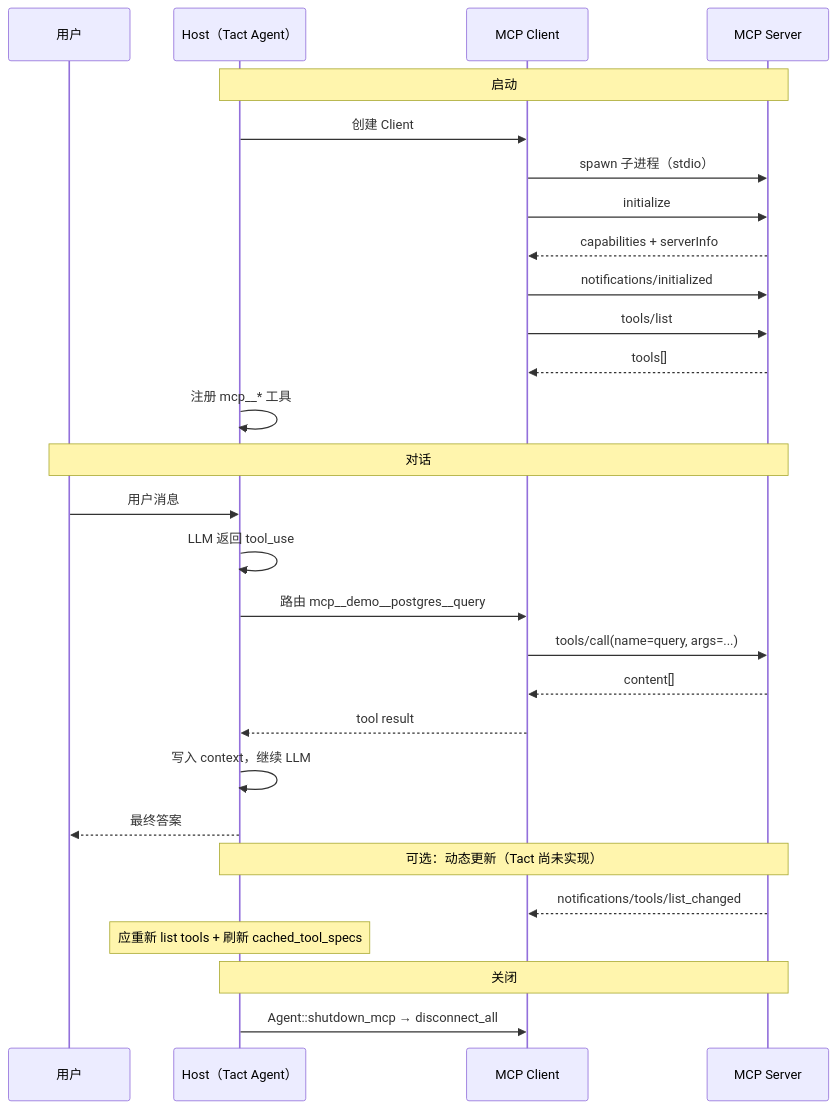
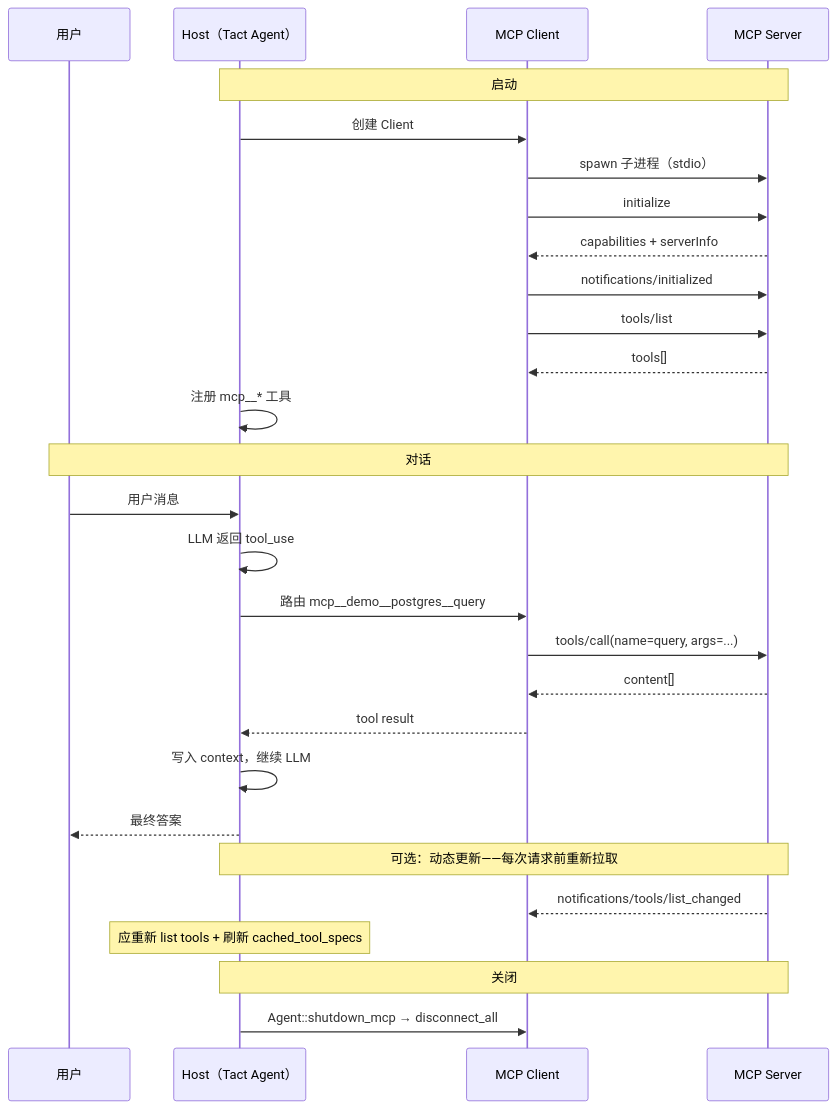
One commit to rust-infra/tact changed the second of 2 diagrams in book/08_chapter_mcp_zh.md. Above: the diagram before and after it, drawn with Mermaid. The commit also changed other lines of this file and 303 other files, not shown here.

````diff
--- a/book/08_chapter_mcp_zh.md
+++ b/book/08_chapter_mcp_zh.md
@@ -485,33 +641,33 @@
 ```mermaid
 sequenceDiagram
     participant User as 用户
     participant Host as Host（Tact Agent）
     participant Client as MCP Client
     participant Server as MCP Server
 
     Note over Host,Server: 启动
     Host->>Client: 创建 Client
     Client->>Server: spawn 子进程（stdio）
     Client->>Server: initialize
     Server-->>Client: capabilities + serverInfo
     Client->>Server: notifications/initialized
     Client->>Server: tools/list
     Server-->>Client: tools[]
     Host->>Host: 注册 mcp__* 工具
 
     Note over User,Server: 对话
     User->>Host: 用户消息
     Host->>Host: LLM 返回 tool_use
     Host->>Client: 路由 mcp__demo__postgres__query
     Client->>Server: tools/call(name=query, args=...)
     Server-->>Client: content[]
     Client-->>Host: tool result
     Host->>Host: 写入 context，继续 LLM
     Host-->>User: 最终答案
 
-    Note over Host,Server: 可选：动态更新（Tact 尚未实现）
+    Note over Host,Server: 可选：动态更新——每次请求前重新拉取
     Server-->>Client: notifications/tools/list_changed
     Note over Host: 应重新 list tools + 刷新 cached_tool_specs
     Note over Host,Server: 关闭
     Host->>Client: Agent::shutdown_mcp → disconnect_all
 ```
````
